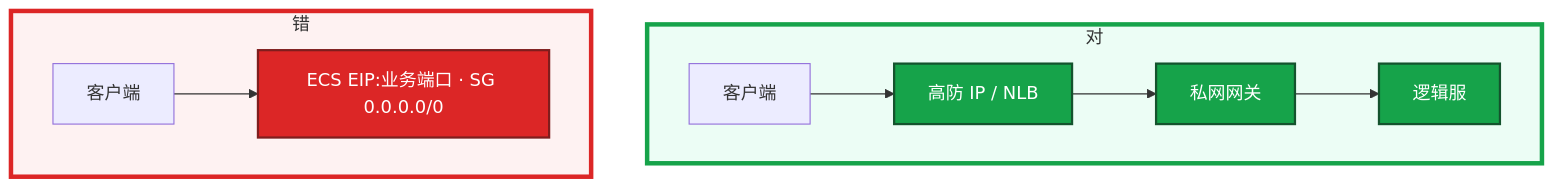
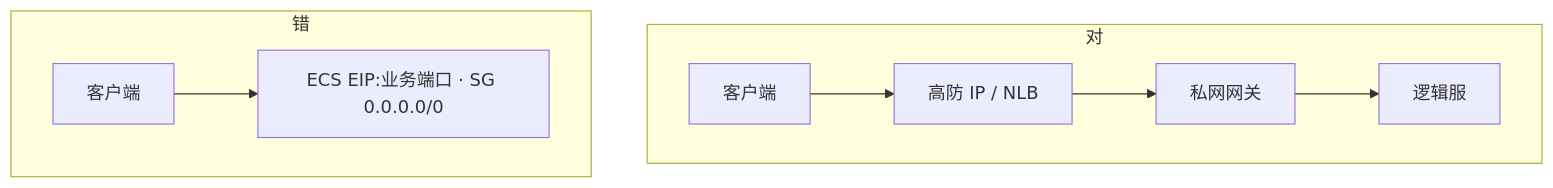
Before and after one commit to ml-cuizijun/LearnToLilith: the sixth of 9 diagrams in 06-云平台/01-云网络与安全/练习题.md, drawn with Mermaid. The commit also changed other lines of this file and 470 other files, not shown here.

````diff
--- a/06-云平台/01-云网络与安全/练习题.md
+++ b/06-云平台/01-云网络与安全/练习题.md
@@ -255,17 +232,10 @@
 ```mermaid
 flowchart TB
-    subgraph ok ["对"]
-        c1[客户端] --> df[高防 IP / NLB]
-        df --> gw[私网网关]
-        gw --> logic[逻辑服]
+    subgraph ok["对"]
+        C1["客户端"] --> DF["高防 IP / NLB"]
+        DF --> GW["私网网关"] --> LOGIC["逻辑服"]
     end
-    subgraph bad ["错"]
-        c2[客户端] --> eip["ECS EIP:业务端口 · SG 0.0.0.0/0"]
+    subgraph bad["错"]
+        C2["客户端"] --> EIP["ECS EIP:业务端口 · SG 0.0.0.0/0"]
     end
-    classDef a fill:#16A34A,stroke:#14532D,stroke-width:2px,color:#fff
-    classDef b fill:#DC2626,stroke:#7F1D1D,stroke-width:2px,color:#fff
-    class df,gw,logic a
-    class eip b
-    style ok fill:#ECFDF5,stroke:#16A34A,stroke-width:4px
-    style bad fill:#FEF2F2,stroke:#DC2626,stroke-width:4px
 ```
````
